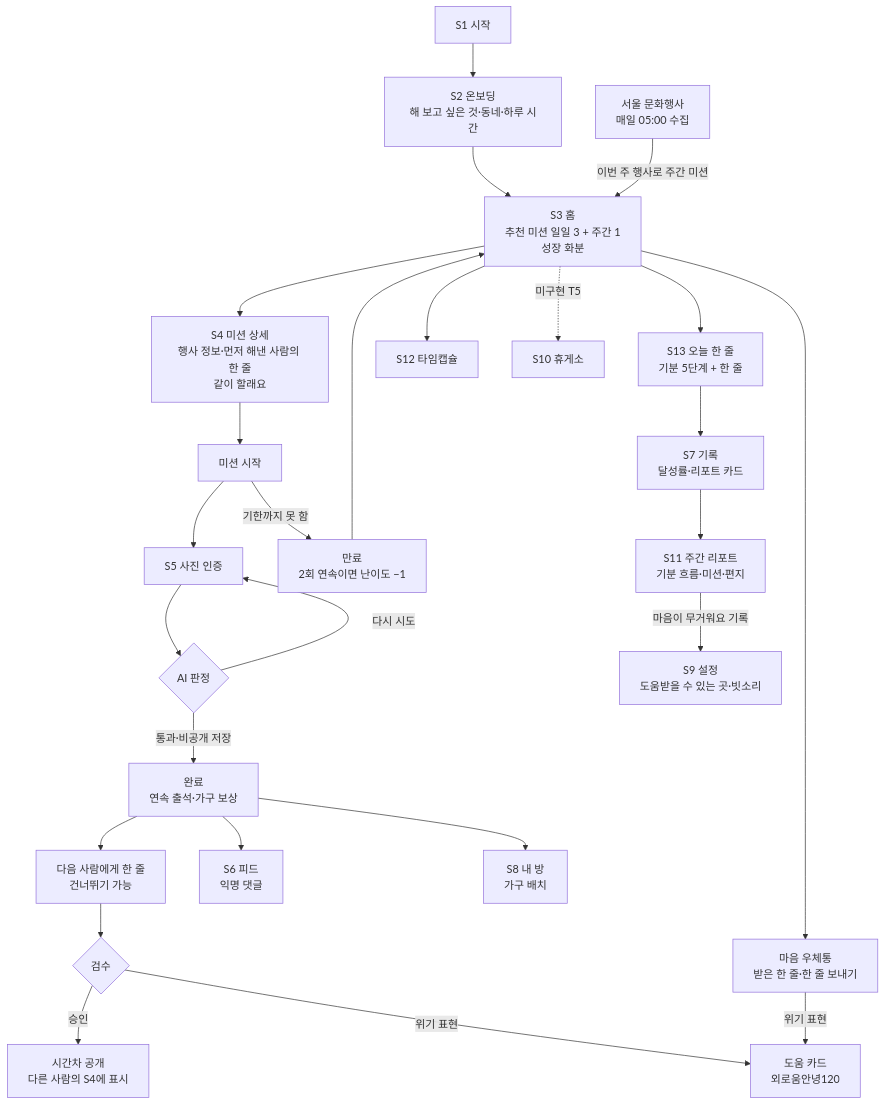
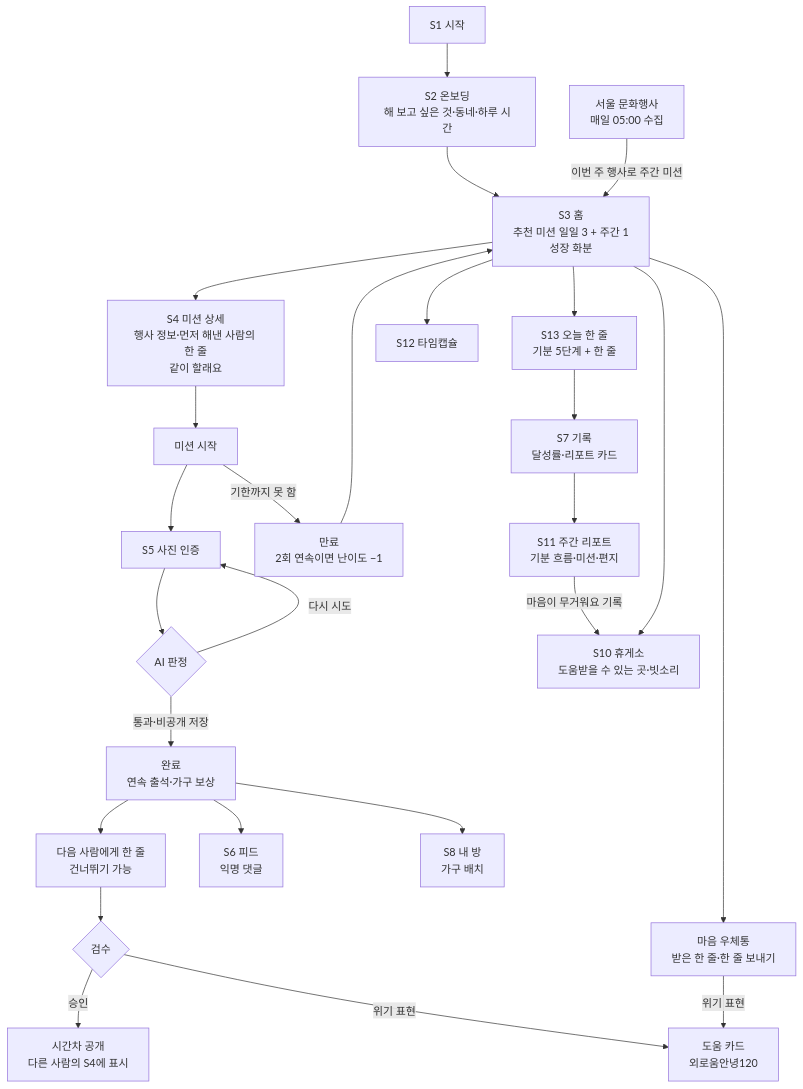
The diagram in docs/USER-FLOWS.md (koolunkle/maru), drawn with Mermaid before and after one commit. The commit also changed other lines of this file and 11 other files, not shown here.

````diff
--- a/docs/USER-FLOWS.md
+++ b/docs/USER-FLOWS.md
@@ -37,31 +37,31 @@
 ```mermaid
 flowchart TD
     S1[S1 시작] --> S2[S2 온보딩<br/>해 보고 싶은 것·동네·하루 시간]
     S2 --> S3[S3 홈<br/>추천 미션 일일 3 + 주간 1<br/>성장 화분]
 
     S3 --> S4[S4 미션 상세<br/>행사 정보·먼저 해낸 사람의 한 줄<br/>같이 할래요]
     S4 --> START[미션 시작]
     START --> S5[S5 사진 인증]
     START -- 기한까지 못 함 --> EXP[만료<br/>2회 연속이면 난이도 −1]
     EXP --> S3
     S5 --> J{AI 판정}
     J -- 다시 시도 --> S5
     J -- 통과·비공개 저장 --> R[완료<br/>연속 출석·가구 보상]
     R --> RL[다음 사람에게 한 줄<br/>건너뛰기 가능]
     RL --> M{검수}
     M -- 승인 --> PUB[시간차 공개<br/>다른 사람의 S4에 표시]
     M -- 위기 표현 --> HELP[도움 카드<br/>외로움안녕120]
     R --> S6[S6 피드<br/>익명 댓글]
     R --> S8[S8 내 방<br/>가구 배치]
 
     S3 --> MB[마음 우체통<br/>받은 한 줄·한 줄 보내기]
     MB -- 위기 표현 --> HELP
     S3 --> S13[S13 오늘 한 줄<br/>기분 5단계 + 한 줄]
     S3 --> S12[S12 타임캡슐]
     S13 --> S7[S7 기록<br/>달성률·리포트 카드]
     S7 --> S11[S11 주간 리포트<br/>기분 흐름·미션·편지]
-    S11 -- 마음이 무거워요 기록 --> S9[S9 설정<br/>도움받을 수 있는 곳·빗소리]
+    S11 -- 마음이 무거워요 기록 --> S10[S10 휴게소<br/>도움받을 수 있는 곳·빗소리]
 
-    S3 -. 미구현 T5 .-> S10[S10 휴게소]
+    S3 --> S10
     EV[서울 문화행사<br/>매일 05:00 수집] -- 이번 주 행사로 주간 미션 --> S3
 ```
````
